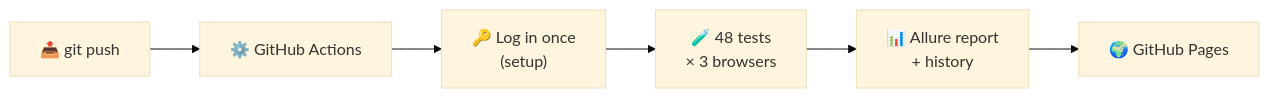
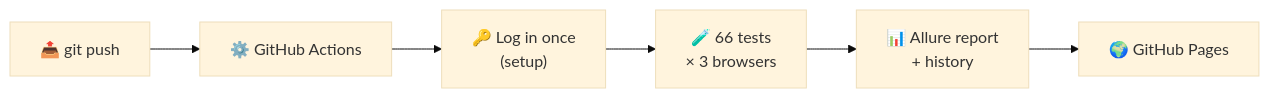
Before and after one commit to Pubudugunawardhana/E-Commerce-End-to-End-UI-Automation-Framework: the second of 2 diagrams in README.md, drawn with Mermaid (base theme). The commit also changed other lines of this file and 3 other files, not shown here.

````diff
--- a/README.md
+++ b/README.md
@@ -156,8 +164,8 @@
 ```mermaid
 flowchart LR
     A["📤 git push"] --> B["⚙️ GitHub Actions"]
     B --> C["🔑 Log in once<br/>(setup)"]
-    C --> D["🧪 48 tests<br/>× 3 browsers"]
+    C --> D["🧪 66 tests<br/>× 3 browsers"]
     D --> E["📊 Allure report<br/>+ history"]
     E --> F["🌍 GitHub Pages"]
 ```
````
